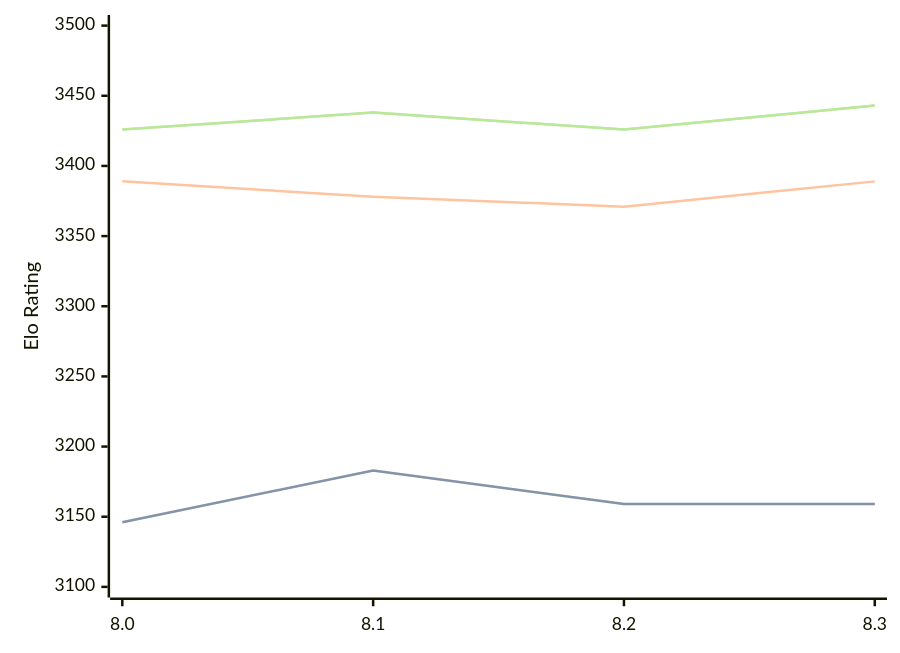
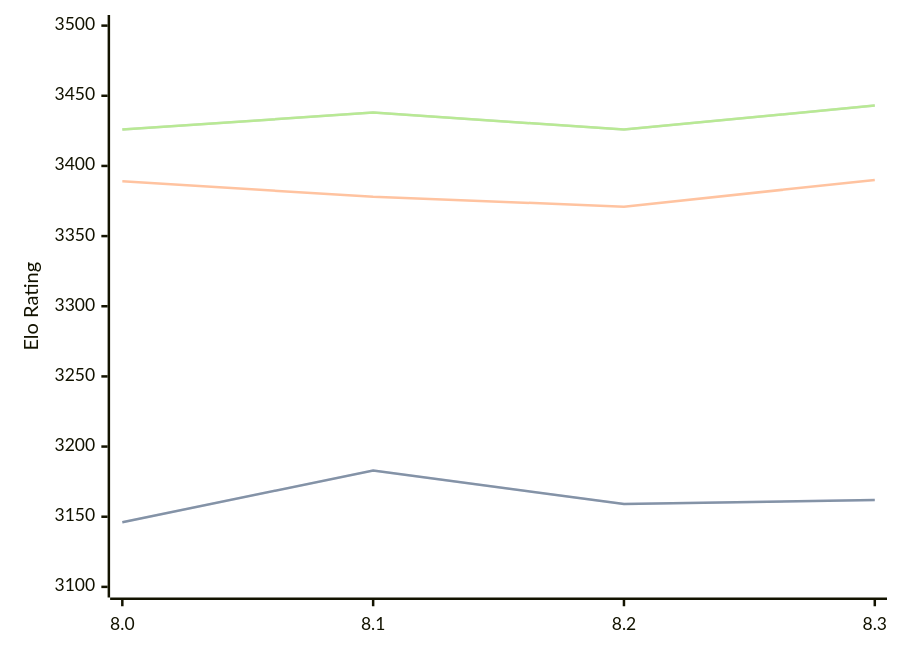
One commit to computer-chess-index/cci changed the diagram in engines/Alexander.md. Above: the diagram before and after it, drawn with Mermaid. The commit also changed other lines of this file, not shown here.

````diff
--- a/engines/Alexander.md
+++ b/engines/Alexander.md
@@ -34,11 +34,11 @@
 ```mermaid
 %%{init: {"theme":"base","themeVariables":{"seriesColors:['#a3a3a3','#222221','#faa371']}}}%%
 xychart-beta
   x-axis ["8.0", "8.1", "8.2", "8.3"]
   y-axis "Elo Rating" 3100 --> 3500
-  line "" [3146, 3183, 3159, 3159]
-  line "STC (8.0+0.08s)" [3146, 3183, 3159, 3159]
-  line "LTC (60.0+0.60s)" [3389, 3378, 3371, 3389]
+  line "" [3146, 3183, 3159, 3162]
+  line "STC (8.0+0.08s)" [3146, 3183, 3159, 3162]
+  line "LTC (60.0+0.60s)" [3389, 3378, 3371, 3390]
   line "" [3426, 3438, 3426, 3443]
   line "VLTC (2m24s+1.12s)" [3426, 3438, 3426, 3443]
 ```
````
